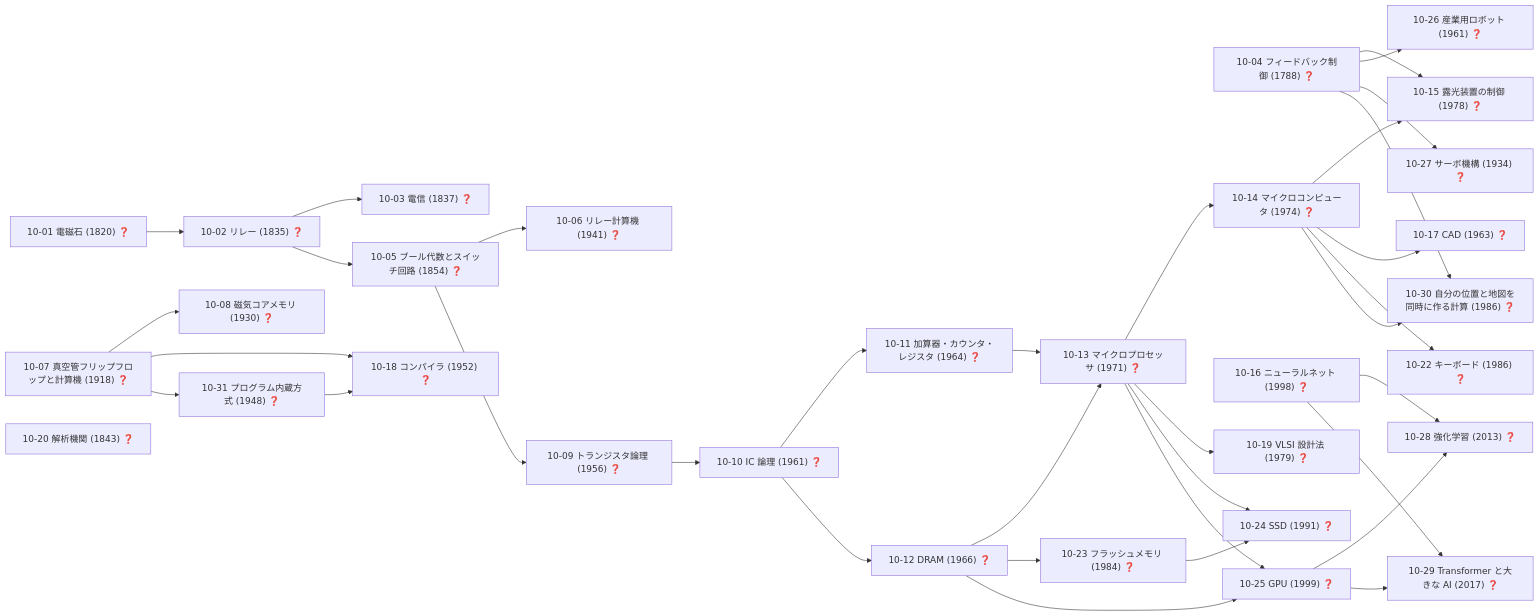
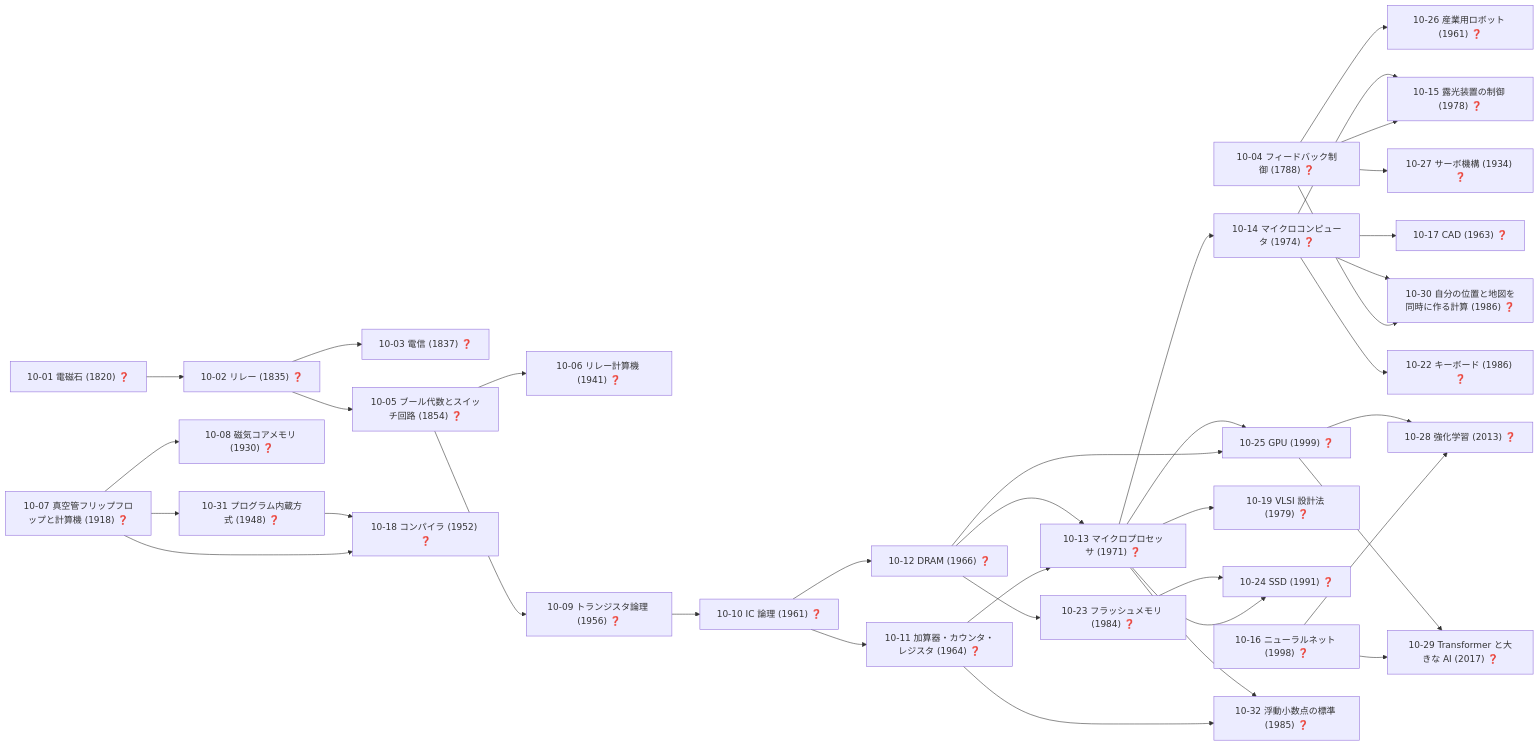
One commit to taku3i0317-collab/semiconductor-lab changed diagram 13 of 19 in docs/TECH_TREE_VIEW.md. Above: the diagram before and after it, drawn with Mermaid. The commit also changed other lines of this file and 8 other files, not shown here.

````diff
--- a/docs/TECH_TREE_VIEW.md
+++ b/docs/TECH_TREE_VIEW.md
@@ -737,66 +737,68 @@
 ```mermaid
 graph LR
   n10_01["10-01 電磁石 (1820) ❓"]
   n10_02["10-02 リレー (1835) ❓"]
   n10_03["10-03 電信 (1837) ❓"]
   n10_04["10-04 フィードバック制御 (1788) ❓"]
   n10_05["10-05 ブール代数とスイッチ回路 (1854) ❓"]
   n10_06["10-06 リレー計算機 (1941) ❓"]
   n10_07["10-07 真空管フリップフロップと計算機 (1918) ❓"]
   n10_08["10-08 磁気コアメモリ (1930) ❓"]
   n10_09["10-09 トランジスタ論理 (1956) ❓"]
   n10_10["10-10 IC 論理 (1961) ❓"]
   n10_11["10-11 加算器・カウンタ・レジスタ (1964) ❓"]
   n10_12["10-12 DRAM (1966) ❓"]
   n10_13["10-13 マイクロプロセッサ (1971) ❓"]
   n10_14["10-14 マイクロコンピュータ (1974) ❓"]
   n10_15["10-15 露光装置の制御 (1978) ❓"]
   n10_16["10-16 ニューラルネット (1998) ❓"]
   n10_17["10-17 CAD (1963) ❓"]
   n10_18["10-18 コンパイラ (1952) ❓"]
   n10_19["10-19 VLSI 設計法 (1979) ❓"]
-  n10_20["10-20 解析機関 (1843) ❓"]
   n10_22["10-22 キーボード (1986) ❓"]
   n10_23["10-23 フラッシュメモリ (1984) ❓"]
   n10_24["10-24 SSD (1991) ❓"]
   n10_25["10-25 GPU (1999) ❓"]
   n10_26["10-26 産業用ロボット (1961) ❓"]
   n10_27["10-27 サーボ機構 (1934) ❓"]
   n10_28["10-28 強化学習 (2013) ❓"]
   n10_29["10-29 Transformer と大きな AI (2017) ❓"]
   n10_30["10-30 自分の位置と地図を同時に作る計算 (1986) ❓"]
   n10_31["10-31 プログラム内蔵方式 (1948) ❓"]
+  n10_32["10-32 浮動小数点の標準 (1985) ❓"]
   n10_01-->n10_02
   n10_02-->n10_03
   n10_02-->n10_05
   n10_05-->n10_06
   n10_07-->n10_08
   n10_05-->n10_09
   n10_09-->n10_10
   n10_10-->n10_11
   n10_10-->n10_12
   n10_11-->n10_13
   n10_12-->n10_13
   n10_13-->n10_14
   n10_04-->n10_15
   n10_14-->n10_15
   n10_14-->n10_17
   n10_07-->n10_18
   n10_31-->n10_18
   n10_13-->n10_19
   n10_14-->n10_22
   n10_12-->n10_23
   n10_13-->n10_24
   n10_23-->n10_24
   n10_12-->n10_25
   n10_13-->n10_25
   n10_04-->n10_26
   n10_04-->n10_27
   n10_16-->n10_28
   n10_25-->n10_28
   n10_16-->n10_29
   n10_25-->n10_29
   n10_04-->n10_30
   n10_14-->n10_30
   n10_07-->n10_31
+  n10_11-->n10_32
+  n10_13-->n10_32
 ```
````
